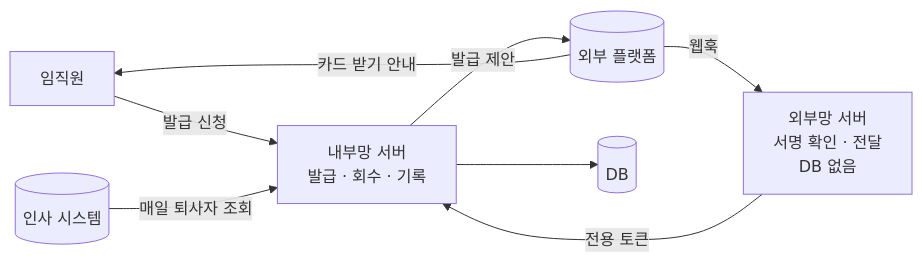
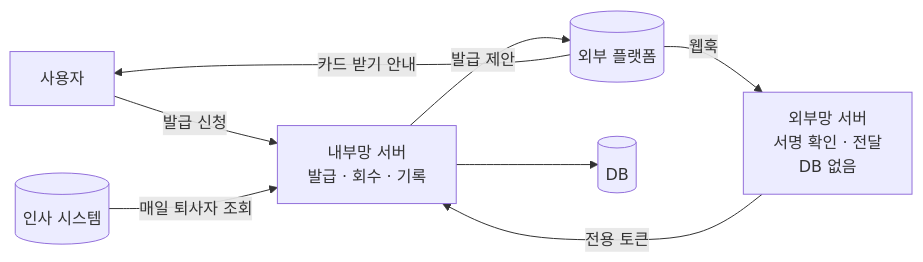
The first of 3 diagrams in 03-work-cases/webhook-once-without-loss.md (agent-jeong/backend-lab), drawn with Mermaid before and after one commit. The commit also changed other lines of this file and 46 other files, not shown here.

````diff
--- a/03-work-cases/webhook-once-without-loss.md
+++ b/03-work-cases/webhook-once-without-loss.md
@@ -28,10 +28,10 @@
 ```mermaid
 flowchart LR
-    U[임직원] -->|발급 신청| IN[내부망 서버<br/>발급 · 회수 · 기록]
+    U[사용자] -->|발급 신청| IN[내부망 서버<br/>발급 · 회수 · 기록]
     IN -->|발급 제안| P[(외부 플랫폼)]
     P -->|카드 받기 안내| U
     P -->|웹훅| EX[외부망 서버<br/>서명 확인 · 전달<br/>DB 없음]
     EX -->|전용 토큰| IN
     IN --> D[(DB)]
     HR[(인사 시스템)] -->|매일 퇴사자 조회| IN
 ```
````
